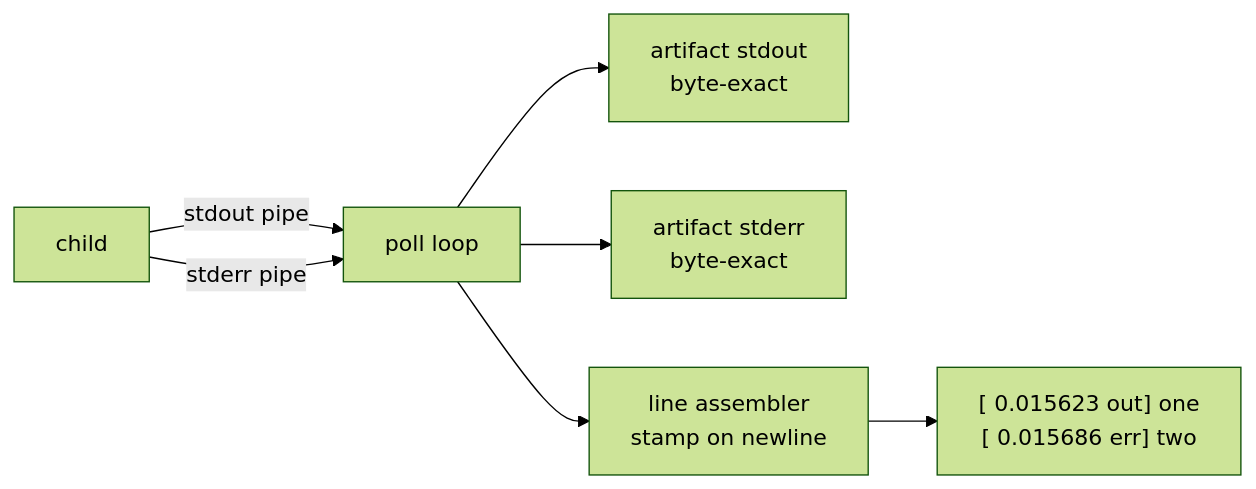
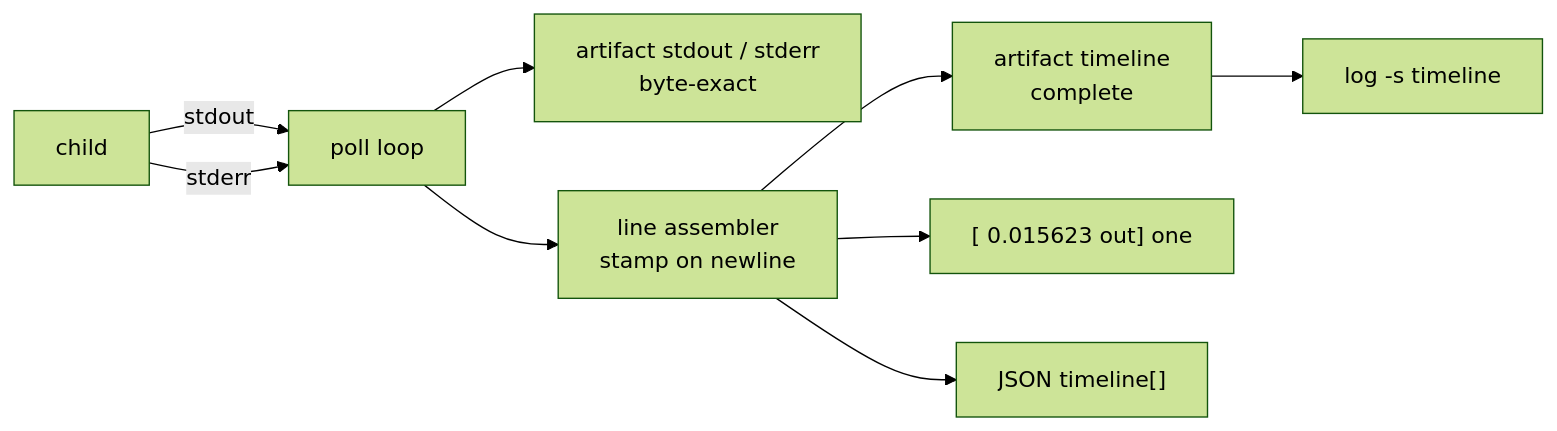
One commit to rob-c/busybox-static changed the diagram in docs/instructions/run-t-and-sh-timestamps-stamp-each-line-and-interleave-both.md. Above: the diagram before and after it, drawn with Mermaid (forest theme). The commit also changed other lines of this file and 7 other files, not shown here.

First line of the commit message:
merge: log --stream timeline, runlevel stderr, stream-sweep hardening

````diff
--- a/docs/instructions/run-t-and-sh-timestamps-stamp-each-line-and-interleave-both.md
+++ b/docs/instructions/run-t-and-sh-timestamps-stamp-each-line-and-interleave-both.md
@@ -11,9 +11,11 @@
 ```mermaid
 flowchart LR
-  A["child"] -->|stdout pipe| P["poll loop"]
-  A -->|stderr pipe| P
-  P --> B["artifact stdout<br/>byte-exact"]
-  P --> C["artifact stderr<br/>byte-exact"]
+  A["child"] -->|stdout| P["poll loop"]
+  A -->|stderr| P
+  P --> B["artifact stdout / stderr<br/>byte-exact"]
   P --> D["line assembler<br/>stamp on newline"]
-  D --> E["[  0.015623 out] one<br/>[  0.015686 err] two"]
+  D --> F["artifact timeline<br/>complete"]
+  D --> E["[  0.015623 out] one"]
+  D --> G["JSON timeline[]"]
+  F --> H["log -s timeline"]
 ```
````
